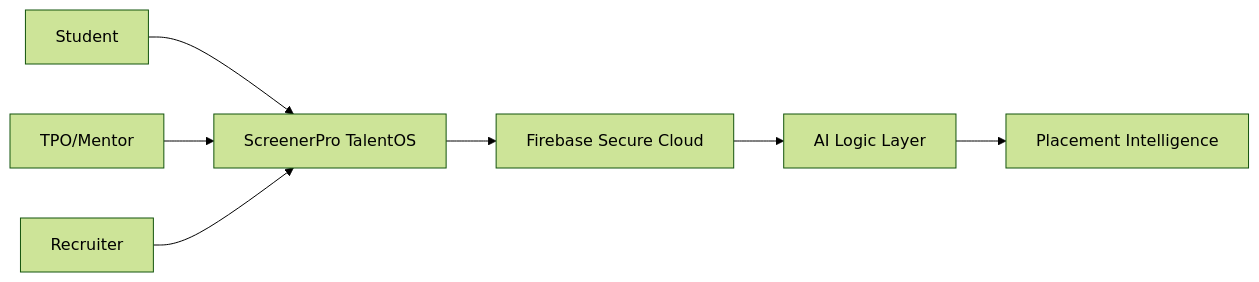
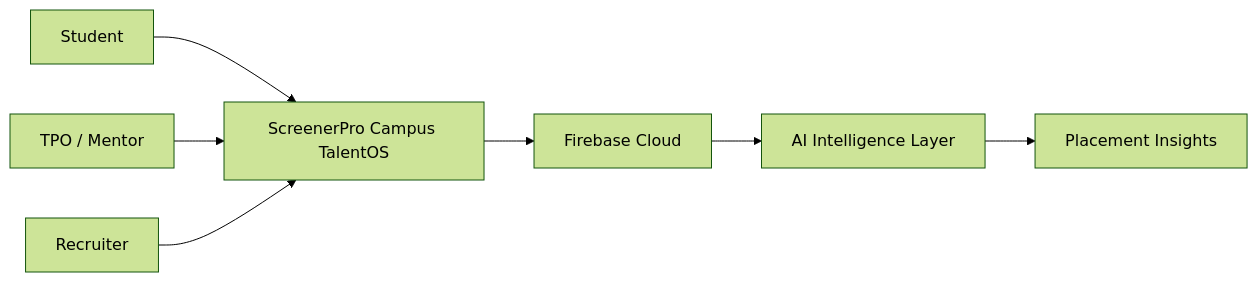
Before and after one commit to manavnagpal08/candi-flutter: the diagram in README.md, drawn with Mermaid (forest theme). The commit also changed other lines of this file, not shown here.

Commit message:
docs: finalized campus TalentOS branding and theme alignment

````diff
--- a/README.md
+++ b/README.md
@@ -72,9 +110,9 @@
 ```mermaid
 graph LR
-    A[Student] --> B[ScreenerPro TalentOS]
-    C[TPO/Mentor] --> B
+    A[Student] --> B[ScreenerPro Campus TalentOS]
+    C[TPO / Mentor] --> B
     D[Recruiter] --> B
-    B --> E[Firebase Secure Cloud]
-    E --> F[AI Logic Layer]
-    F --> G[Placement Intelligence]
+    B --> E[Firebase Cloud]
+    E --> F[AI Intelligence Layer]
+    F --> G[Placement Insights]
 ```
````
